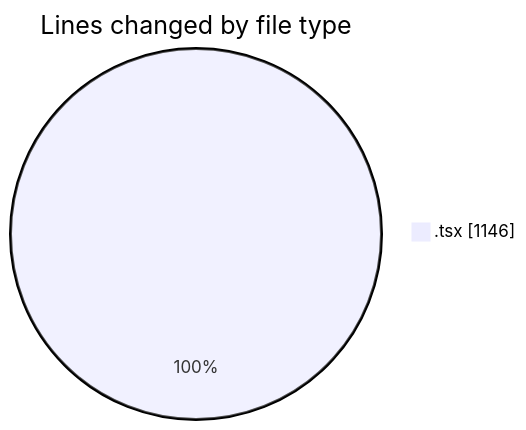
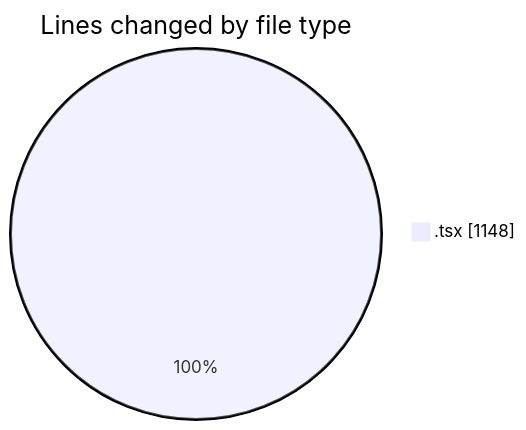
One commit to nxtqubesakshisongat/code-tracking changed the first of 2 diagrams in 2026-06-07/nxtqube_webapp/README.md. Above: the diagram before and after it, drawn with Mermaid. The commit also changed other lines of this file and 1 other file, not shown here.

````diff
--- a/2026-06-07/nxtqube_webapp/README.md
+++ b/2026-06-07/nxtqube_webapp/README.md
@@ -21,5 +21,5 @@
 ```mermaid
 pie showData
 title Lines changed by file type
-".tsx" : 1146
+".tsx" : 1148
 ```
````
